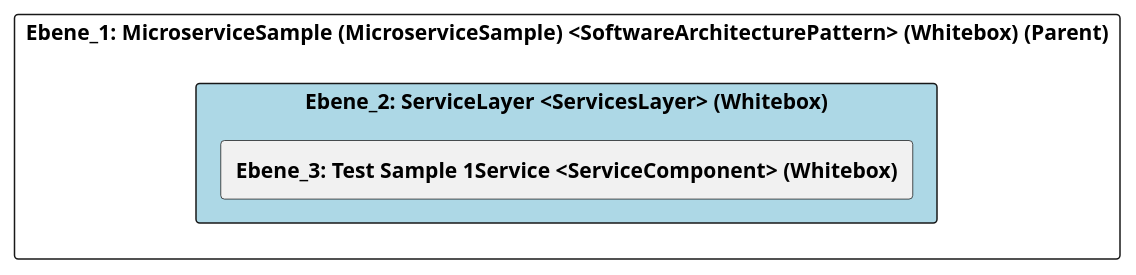
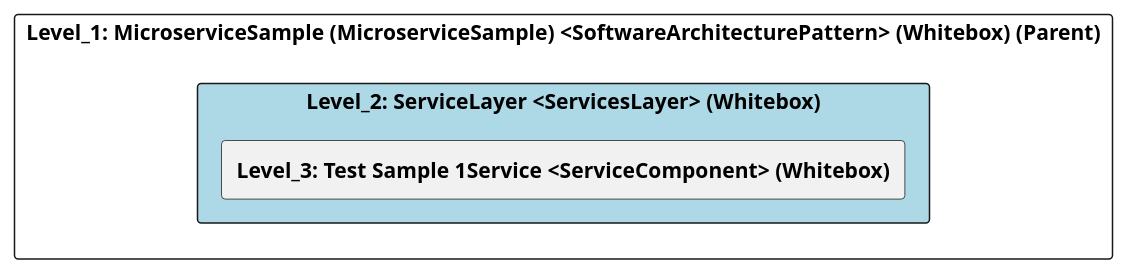
Before and after one commit to marcozwyssig/cleon: the diagram in src/cleon.architecturemethods.arc42.sample/doc/cleon_architecturemethods_arc42_sample_software_microservice/adoc/en/05_building_block_view/microservicesample/servicelayer/level_2_servicelayer.adoc, drawn with PlantUML. The commit also changed other lines of this file and 83 other files, not shown here.

```diff
--- a/src/cleon.architecturemethods.arc42.sample/doc/cleon_architecturemethods_arc42_sample_software_microservice/adoc/en/05_building_block_view/microservicesample/servicelayer/level_2_servicelayer.adoc
+++ b/src/cleon.architecturemethods.arc42.sample/doc/cleon_architecturemethods_arc42_sample_software_microservice/adoc/en/05_building_block_view/microservicesample/servicelayer/level_2_servicelayer.adoc
@@ -20,24 +20,24 @@
-[plantuml, Ebene_2: ServiceLayer <ServicesLayer> (Whitebox)BlockOverview, format="svg"]
+[plantuml, Level_2: ServiceLayer <ServicesLayer> (Whitebox)BlockOverview, format="svg"]
 ----
-@startuml Ebene_2: ServiceLayer <ServicesLayer> (Whitebox)BuildingBlockOverview
+@startuml Level_2: ServiceLayer <ServicesLayer> (Whitebox)BuildingBlockOverview
 
 skinparam ranksep 10
 skinparam componentStyle rectangle
 skinparam shadowing false
 skinparam arrowColor lightblue
 skinparam arrowThickness 1.2
 skinparam rectangle {
   BackgroundColor White
   BorderColor #333
   RoundCorner 10
 }
 top to bottom direction
 
-component "Ebene_1: MicroserviceSample (MicroserviceSample) <SoftwareArchitecturePattern> (Whitebox) (Parent)" {
-    component "Ebene_2: ServiceLayer <ServicesLayer> (Whitebox)" #lightblue {
-        [**Ebene_3: Test Sample 1Service <ServiceComponent> (Whitebox)**] as 1A37904D_EA44_11F0_ABD2_39998C8C9596
+component "Level_1: MicroserviceSample (MicroserviceSample) <SoftwareArchitecturePattern> (Whitebox) (Parent)" {
+    component "Level_2: ServiceLayer <ServicesLayer> (Whitebox)" #lightblue {
+        [**Level_3: Test Sample 1Service <ServiceComponent> (Whitebox)**] as 1A37904D_EA44_11F0_ABD2_39998C8C9596
     }
 }
 
 @enduml
 ----
```
